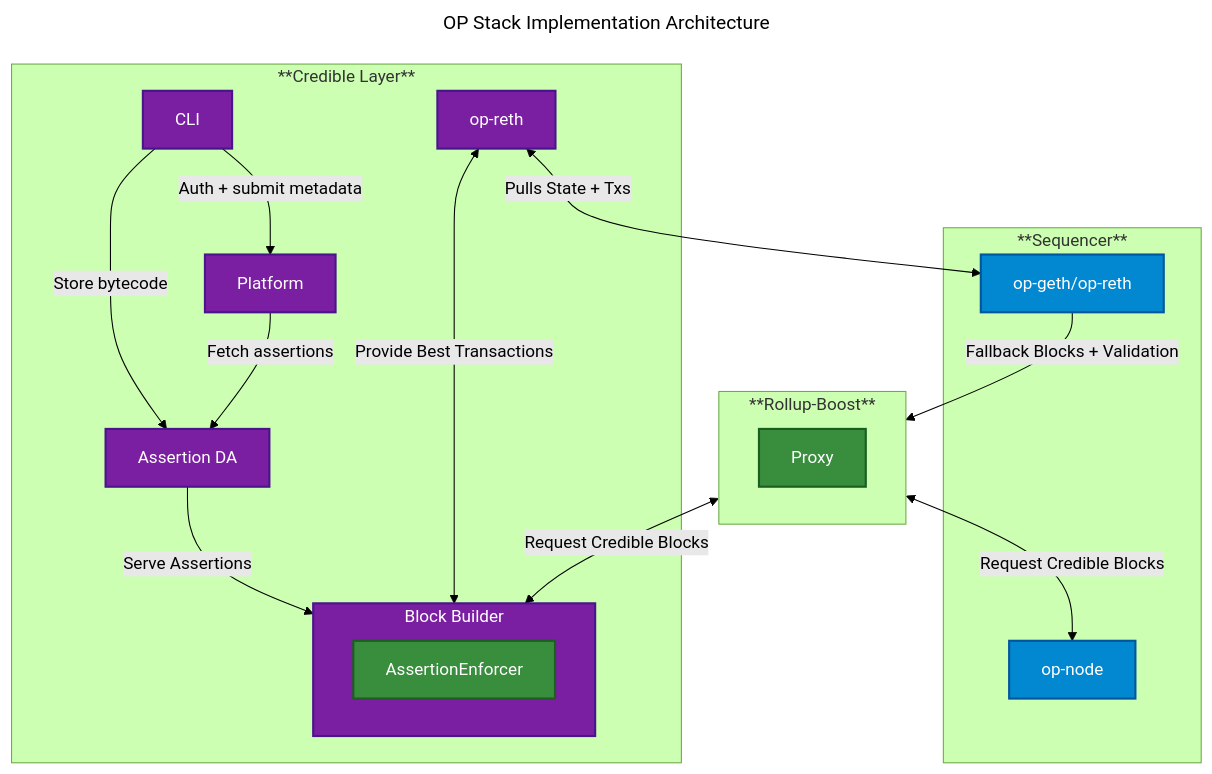
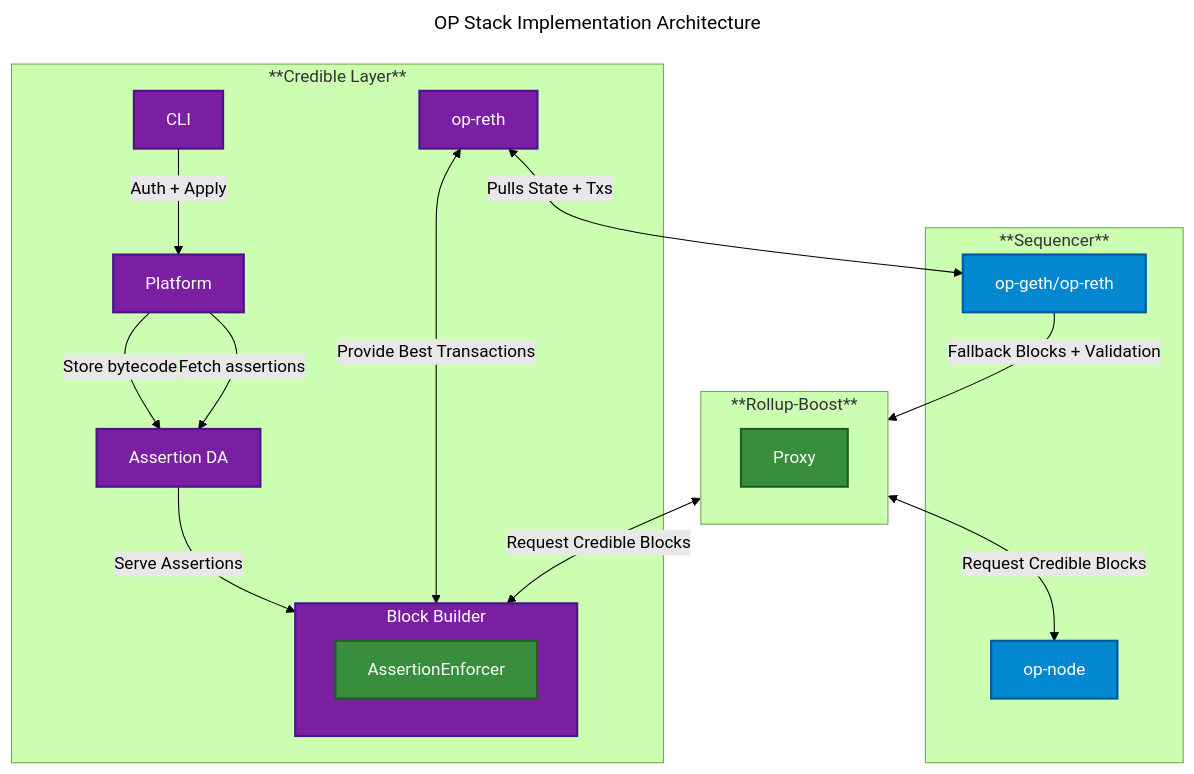
Before and after one commit to phylaxsystems/phylax-docs: the diagram in credible/network-integrations/architecture-op-stack.mdx, drawn with Mermaid (forest theme). The commit also changed other lines of this file and 19 other files, not shown here.

````diff
--- a/credible/network-integrations/architecture-op-stack.mdx
+++ b/credible/network-integrations/architecture-op-stack.mdx
@@ -18,45 +18,45 @@
 ```mermaid
 ---
 title: OP Stack Implementation Architecture
 ---
 flowchart TD
 
 classDef sequencer fill:#0288d1,stroke:#01579b,stroke-width:2px,color:#fff
 classDef credible fill:#7b1fa2,stroke:#4a148c,stroke-width:2px,color:#fff
 classDef rollupBoost fill:#388e3c,stroke:#1b5e20,stroke-width:2px,color:#fff
 
 subgraph Sequencer[**Sequencer**]
     SequencerCL[op-node]
     SequencerEL[op-geth/op-reth]
 end
 
 subgraph CredibleLayer[**Credible Layer**]
     AssertionEnforcerEL[op-reth]
     AssertionEnforcerCLI[CLI]
     AssertionEnforcerDapp[Platform]
     AssertionDA[Assertion DA]
     subgraph AssertionEnforcerBlockBuilder[Block Builder]
         AssertionEnforcer
     end
 end
 
 subgraph RollupBoost[**Rollup-Boost**]
     RollupBoostProxy[Proxy]
 end
 
 SequencerEL --> |Fallback Blocks + Validation| RollupBoost
 
 AssertionDA --> |Serve Assertions| AssertionEnforcerBlockBuilder
-AssertionEnforcerCLI --> |Store bytecode| AssertionDA
-AssertionEnforcerCLI --> |Auth + submit metadata| AssertionEnforcerDapp
+AssertionEnforcerCLI --> |Auth + Apply| AssertionEnforcerDapp
+AssertionEnforcerDapp --> |Store bytecode| AssertionDA
 AssertionEnforcerDapp --> |Fetch assertions| AssertionDA
 
 AssertionEnforcerEL <--> |Pulls State + Txs| SequencerEL
 AssertionEnforcerEL <--> |Provide Best Transactions| AssertionEnforcerBlockBuilder
 RollupBoost <--> |Request Credible Blocks| AssertionEnforcerBlockBuilder
 RollupBoost <--> |Request Credible Blocks| SequencerCL
 
 class SequencerCL,SequencerEL sequencer
 class AssertionEnforcerBlockBuilder,AssertionEnforcerEL,AssertionEnforcerCLI,AssertionEnforcerDapp,AssertionDA credible
 class RollupBoostProxy,AssertionEnforcer rollupBoost
 ```
````
